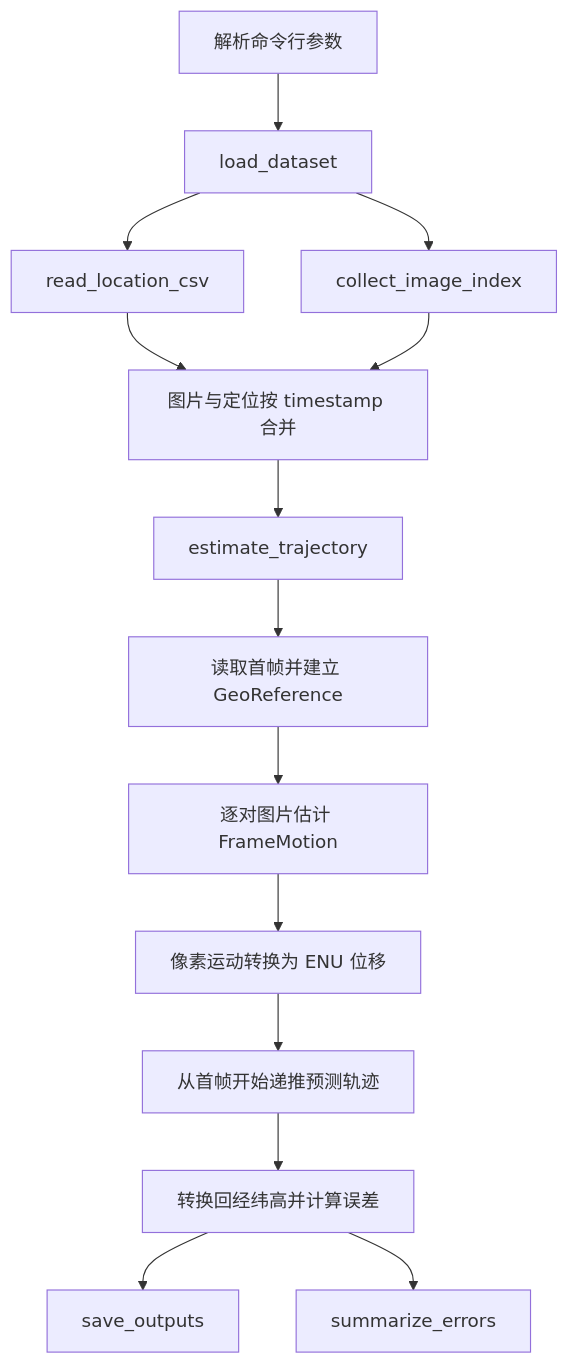
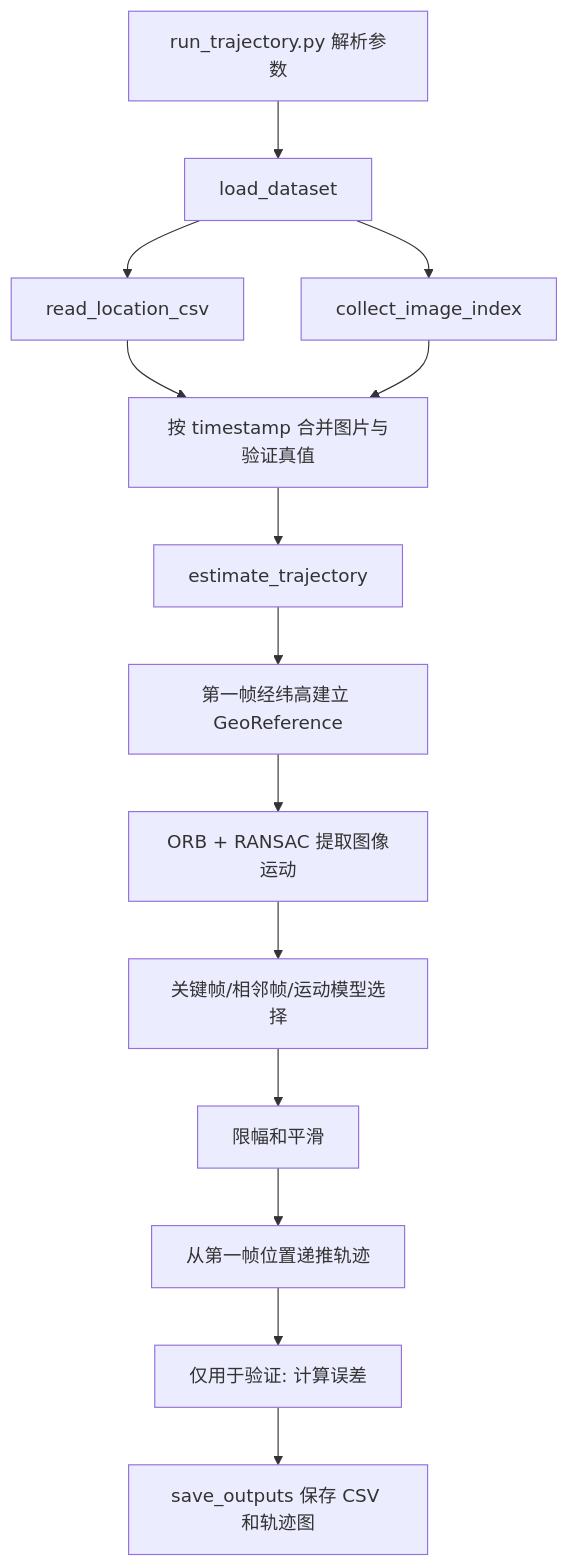
The diagram in docs/CODE_GUIDE.md (dudvvd/UAV-Trajectory-Analysis), drawn with Mermaid before and after one commit. The commit also changed other lines of this file and 5 other files, not shown here.

````diff
--- a/docs/CODE_GUIDE.md
+++ b/docs/CODE_GUIDE.md
@@ -30,16 +35,16 @@
 ```mermaid
 flowchart TD
-    A["解析命令行参数"] --> B["load_dataset"]
+    A["run_trajectory.py 解析参数"] --> B["load_dataset"]
     B --> C["read_location_csv"]
     B --> D["collect_image_index"]
-    C --> E["图片与定位按 timestamp 合并"]
+    C --> E["按 timestamp 合并图片与验证真值"]
     D --> E
     E --> F["estimate_trajectory"]
-    F --> G["读取首帧并建立 GeoReference"]
-    G --> H["逐对图片估计 FrameMotion"]
-    H --> I["像素运动转换为 ENU 位移"]
-    I --> J["从首帧开始递推预测轨迹"]
-    J --> K["转换回经纬高并计算误差"]
-    K --> L["save_outputs"]
-    K --> M["summarize_errors"]
+    F --> G["第一帧经纬高建立 GeoReference"]
+    G --> H["ORB + RANSAC 提取图像运动"]
+    H --> I["关键帧/相邻帧/运动模型选择"]
+    I --> J["限幅和平滑"]
+    J --> K["从第一帧位置递推轨迹"]
+    K --> L["仅用于验证: 计算误差"]
+    L --> M["save_outputs 保存 CSV 和轨迹图"]
 ```
````
